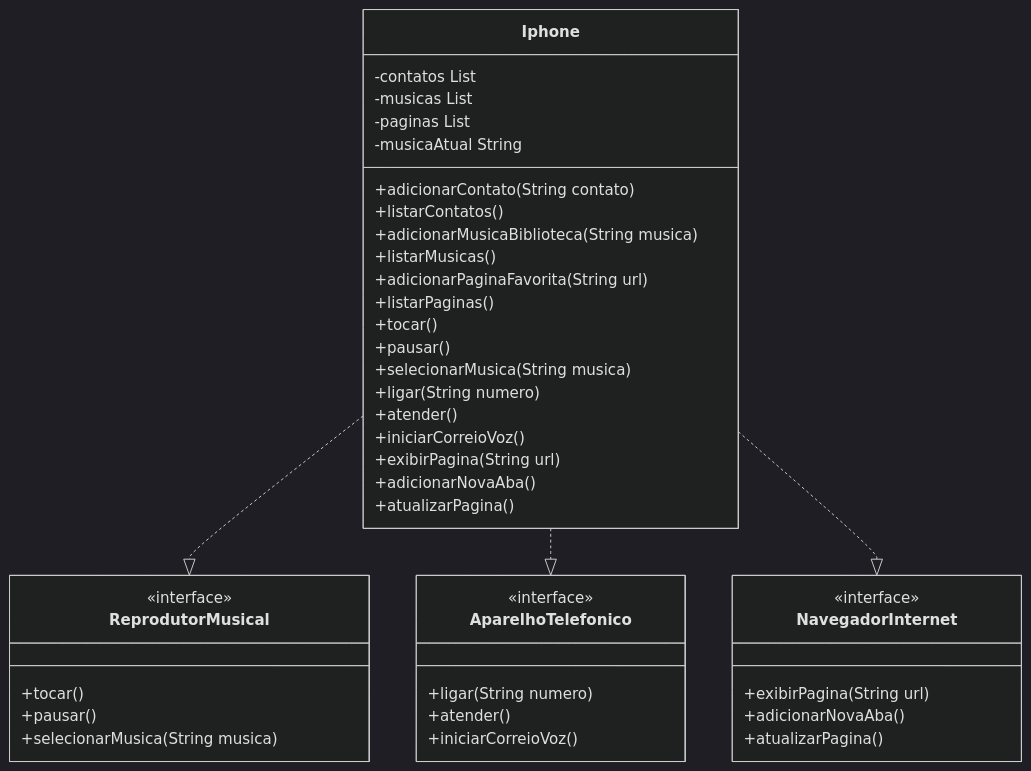
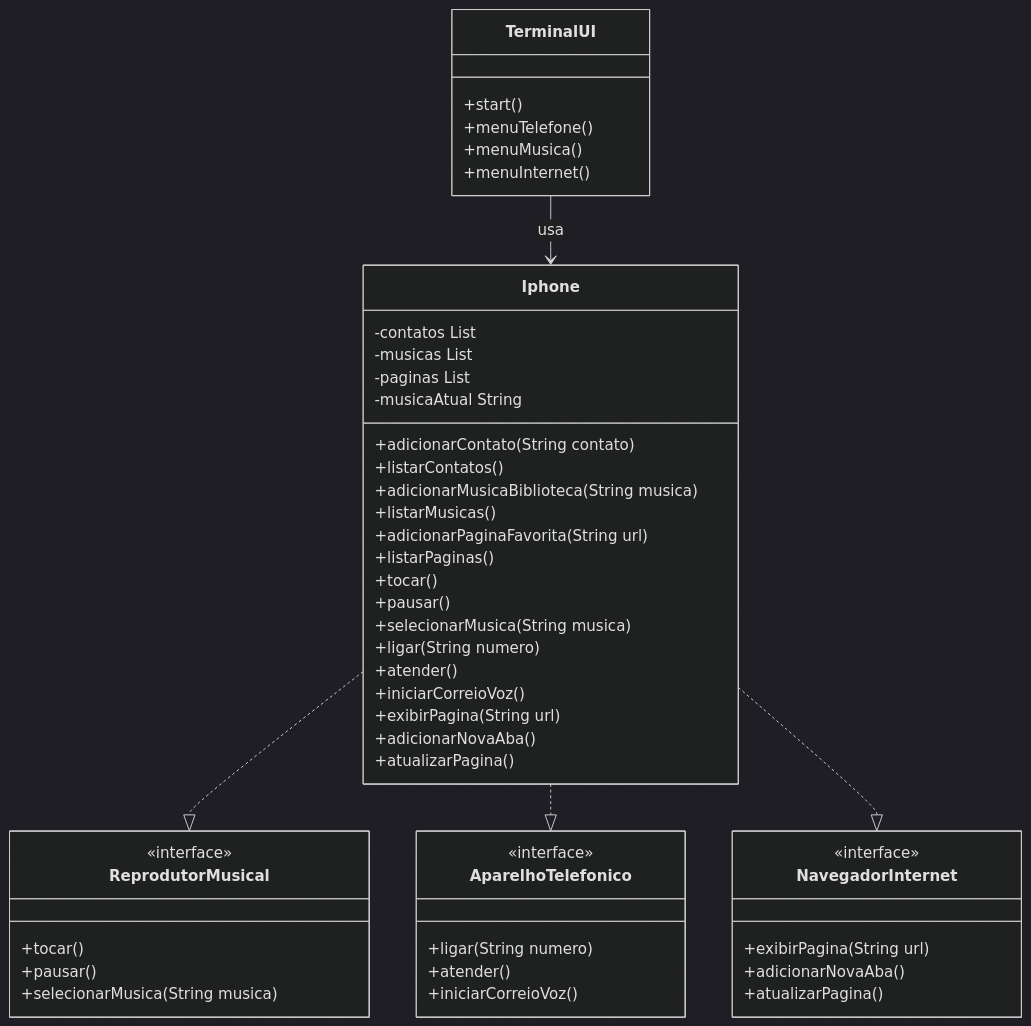
The diagram in README.md (LucasZerino/trilha-java-iphone), drawn with Mermaid (dark theme) before and after one commit.

Commit message:
atualiza mermaid com a classe de UI do terminal

````diff
--- a/README.md
+++ b/README.md
@@ -7,51 +7,60 @@
 ```mermaid
 classDiagram
     class ReprodutorMusical {
         <<interface>>
         +tocar()
         +pausar()
         +selecionarMusica(String musica)
     }
 
     class AparelhoTelefonico {
         <<interface>>
         +ligar(String numero)
         +atender()
         +iniciarCorreioVoz()
     }
 
     class NavegadorInternet {
         <<interface>>
         +exibirPagina(String url)
         +adicionarNovaAba()
         +atualizarPagina()
     }
 
     class Iphone {
         -contatos List<String>
         -musicas List<String>
         -paginas List<String>
         -musicaAtual String
 
         +adicionarContato(String contato)
         +listarContatos()
         +adicionarMusicaBiblioteca(String musica)
         +listarMusicas()
         +adicionarPaginaFavorita(String url)
         +listarPaginas()
 
         +tocar()
         +pausar()
         +selecionarMusica(String musica)
         +ligar(String numero)
         +atender()
         +iniciarCorreioVoz()
         +exibirPagina(String url)
         +adicionarNovaAba()
         +atualizarPagina()
     }
 
     Iphone ..|> ReprodutorMusical
     Iphone ..|> AparelhoTelefonico
     Iphone ..|> NavegadorInternet
+
+    class TerminalUI {
+        +start()
+        +menuTelefone()
+        +menuMusica()
+        +menuInternet()
+    }
+
+    TerminalUI --> Iphone : usa
 ```
````
